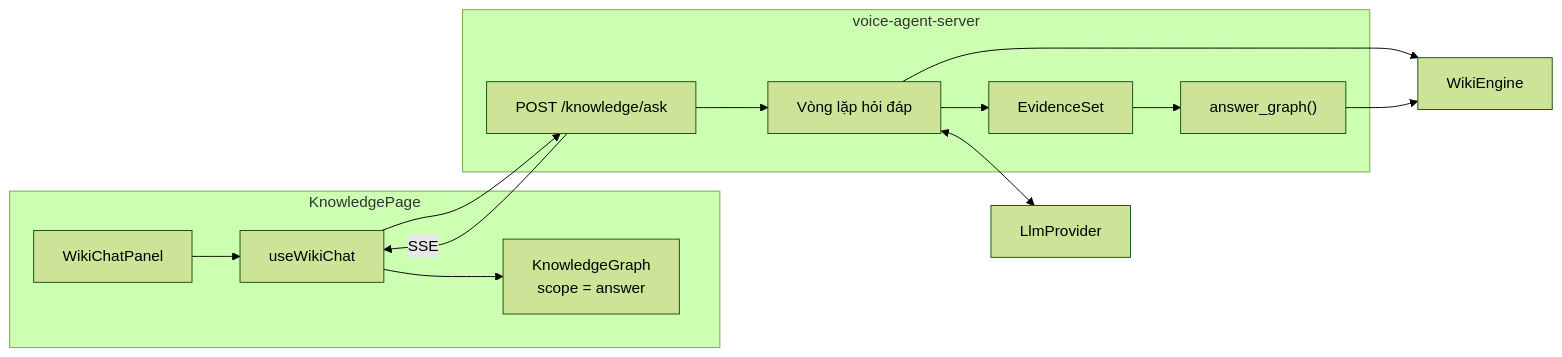
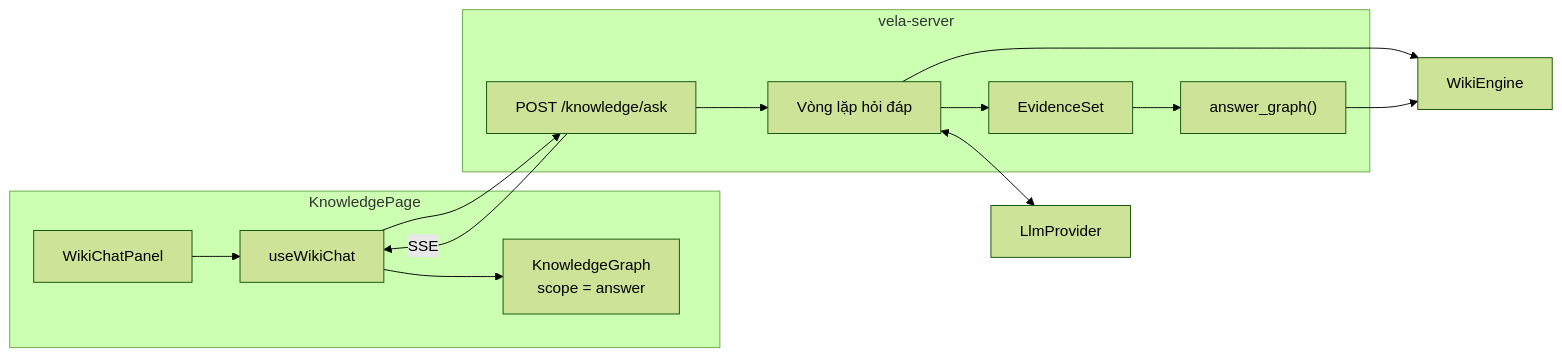
The diagram in docs/knowledge/wiki-chat-graph-design.md (hailp-vn38/ai-agent-voice), drawn with Mermaid (forest theme) before and after one commit. The commit also changed 1009 other files, not shown here.

````diff
--- a/docs/knowledge/wiki-chat-graph-design.md
+++ b/docs/knowledge/wiki-chat-graph-design.md
@@ -57,23 +57,23 @@
 ```mermaid
 flowchart LR
   subgraph Web["KnowledgePage"]
     Chat["WikiChatPanel"]
     Store["useWikiChat"]
     Graph["KnowledgeGraph<br/>scope = answer"]
   end
-  subgraph Server["voice-agent-server"]
+  subgraph Server["vela-server"]
     Ask["POST /knowledge/ask"]
     Loop["Vòng lặp hỏi đáp"]
     Evidence["EvidenceSet"]
     Sub["answer_graph()"]
   end
   LLM["LlmProvider"]
   Engine["WikiEngine"]
 
   Chat --> Store --> Ask --> Loop
   Loop <--> LLM
   Loop --> Engine
   Loop --> Evidence --> Sub
   Sub --> Engine
   Ask -- SSE --> Store --> Graph
 ```
````
